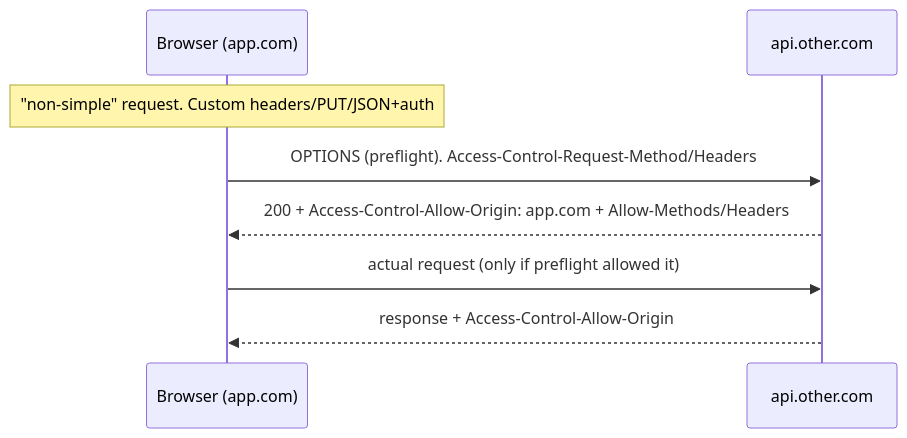
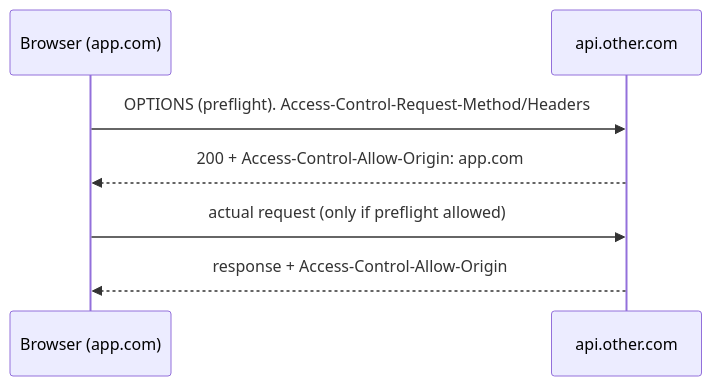
One commit to ashishxcode/frontend-internals changed the third of 3 diagrams in packages/content/content/13-networking-http.mdx. Above: the diagram before and after it, drawn with Mermaid. The commit also changed other lines of this file and 34 other files, not shown here.

````diff
--- a/packages/content/content/13-networking-http.mdx
+++ b/packages/content/content/13-networking-http.mdx
@@ -63,10 +63,9 @@
 ```mermaid
 sequenceDiagram
   participant B as Browser (app.com)
   participant S as api.other.com
-  Note over B: "non-simple" request. Custom headers/PUT/JSON+auth
   B->>S: OPTIONS (preflight). Access-Control-Request-Method/Headers
-  S-->>B: 200 + Access-Control-Allow-Origin: app.com + Allow-Methods/Headers
-  B->>S: actual request (only if preflight allowed it)
+  S-->>B: 200 + Access-Control-Allow-Origin: app.com
+  B->>S: actual request (only if preflight allowed)
   S-->>B: response + Access-Control-Allow-Origin
 ```
````
